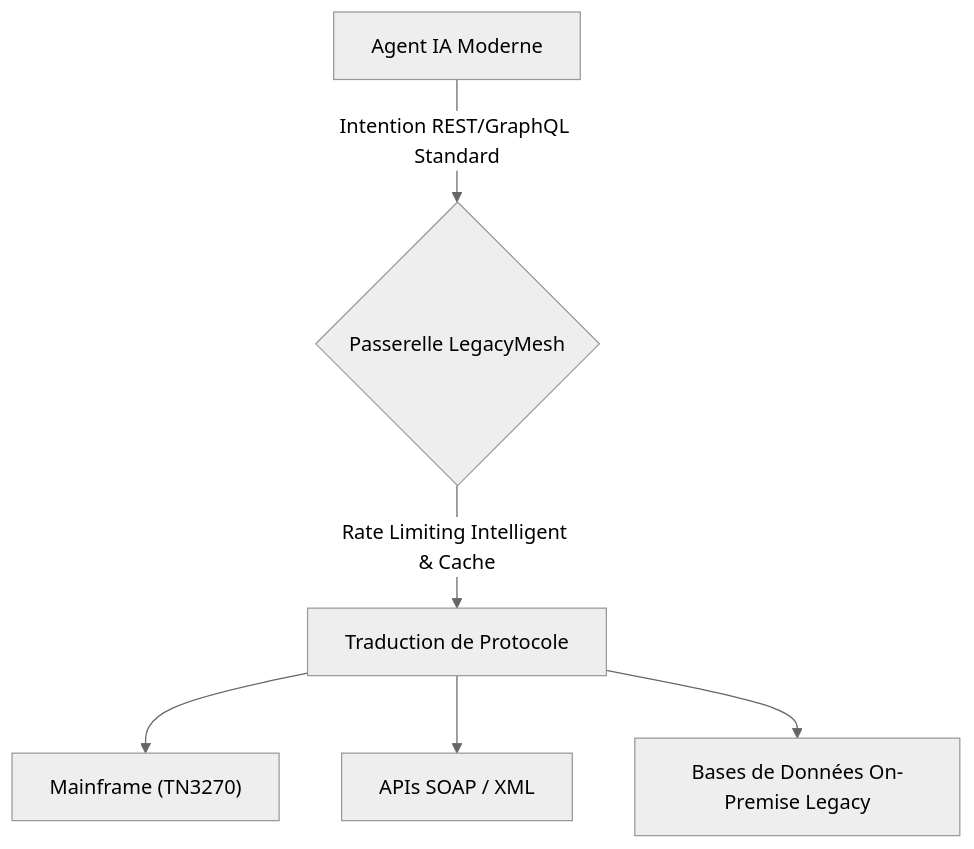
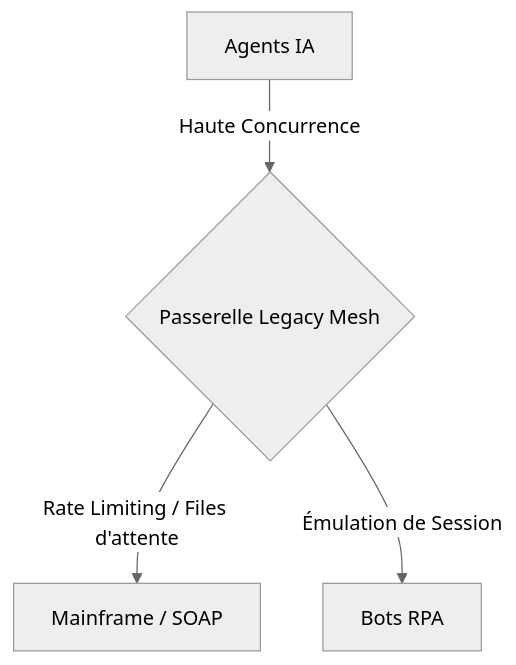
Before and after one commit to flouzzy/top-100-ai-startup-ideas: the first of 2 diagrams in ideas/legacy-mesh/README.fr.md, drawn with Mermaid (neutral theme). The commit also changed other lines of this file and 41 other files, not shown here.

````diff
--- a/ideas/legacy-mesh/README.fr.md
+++ b/ideas/legacy-mesh/README.fr.md
@@ -17,8 +17,7 @@
 ```mermaid
 graph TD
-    A["Agent IA Moderne"] -->|Intention REST/GraphQL Standard| B{"Passerelle LegacyMesh"}
-    B -->|Rate Limiting Intelligent & Cache| C["Traduction de Protocole"]
-    C --> D["Mainframe (TN3270)"]
-    C --> E["APIs SOAP / XML"]
-    C --> F["Bases de Données On-Premise Legacy"]
+    %% Architecture
+    A["Agents IA"] -->|Haute Concurrence| B{"Passerelle Legacy Mesh"}
+    B -->|Rate Limiting / Files d'attente| C["Mainframe / SOAP"]
+    B -->|Émulation de Session| D["Bots RPA"]
 ```
````
